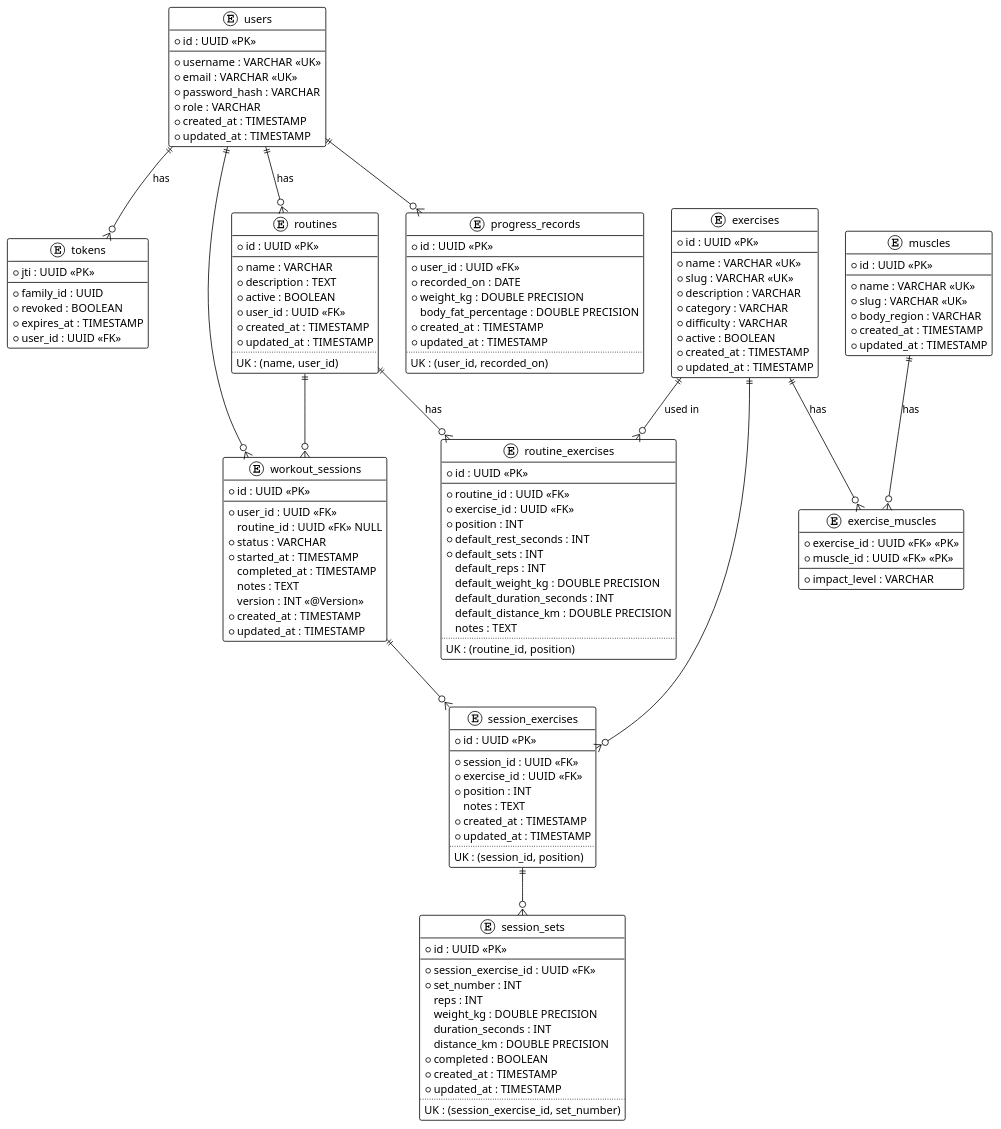
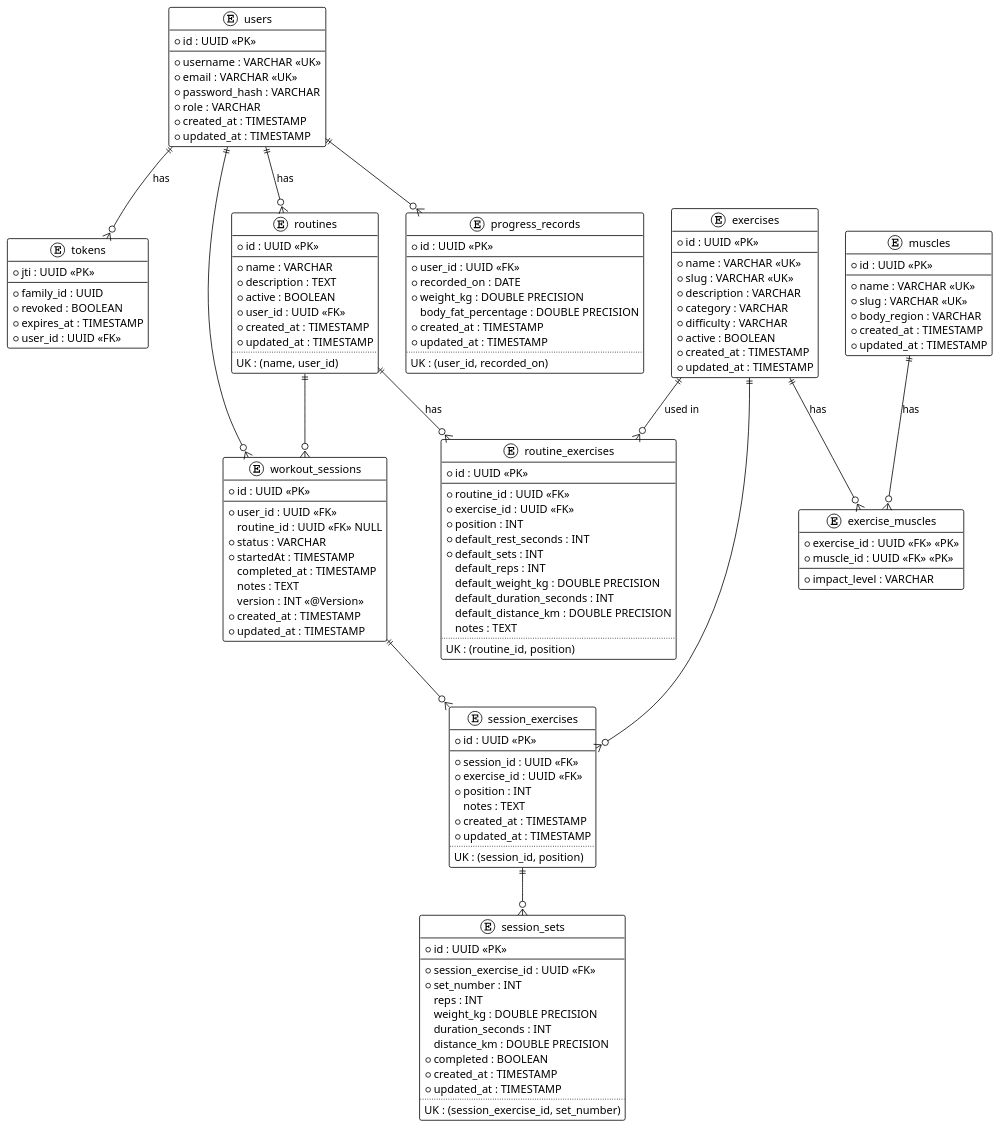
One commit to genesshoan/fitness-tracker-api changed the diagram in docs/er.puml. Above: the diagram before and after it, drawn with PlantUML. The commit also changed 57 other files, not shown here.

```diff
--- a/docs/er.puml
+++ b/docs/er.puml
@@ -1,153 +1,153 @@
 @startuml
 !theme plain
 
 entity "users" {
     * id : UUID <<PK>>
     --
     * username : VARCHAR <<UK>>
     * email : VARCHAR <<UK>>
     * password_hash : VARCHAR
     * role : VARCHAR
     * created_at : TIMESTAMP
     * updated_at : TIMESTAMP
 }
 
 entity "tokens" {
     * jti : UUID <<PK>>
     --
     * family_id : UUID
     * revoked : BOOLEAN
     * expires_at : TIMESTAMP
     * user_id : UUID <<FK>>
 }
 
 entity "muscles" {
     * id : UUID <<PK>>
     --
     * name : VARCHAR <<UK>>
     * slug : VARCHAR <<UK>>
     * body_region : VARCHAR
     * created_at : TIMESTAMP
     * updated_at : TIMESTAMP
 }
 
 entity "exercises" {
     * id : UUID <<PK>>
     --
     * name : VARCHAR <<UK>>
     * slug : VARCHAR <<UK>>
     * description : VARCHAR
     * category : VARCHAR
     * difficulty : VARCHAR
     * active : BOOLEAN
     * created_at : TIMESTAMP
     * updated_at : TIMESTAMP
 }
 
 entity "exercise_muscles" {
     * exercise_id : UUID <<FK>> <<PK>>
     * muscle_id : UUID <<FK>> <<PK>>
     --
     * impact_level : VARCHAR
 }
 
 entity "routines" {
     * id : UUID <<PK>>
     --
     * name : VARCHAR
     * description : TEXT
     * active : BOOLEAN
     * user_id : UUID <<FK>>
     * created_at : TIMESTAMP
     * updated_at : TIMESTAMP
     ..
     UK : (name, user_id)
 }
 
 entity "routine_exercises" {
     * id : UUID <<PK>>
     --
     * routine_id : UUID <<FK>>
     * exercise_id : UUID <<FK>>
     * position : INT
     * default_rest_seconds : INT
     * default_sets : INT
     default_reps : INT
     default_weight_kg : DOUBLE PRECISION
     default_duration_seconds : INT
     default_distance_km : DOUBLE PRECISION
     notes : TEXT
     ..
     UK : (routine_id, position)
 }
 
 entity "workout_sessions" {
     * id : UUID <<PK>>
     --
     * user_id : UUID <<FK>>
     routine_id : UUID <<FK>> NULL
     * status : VARCHAR
-    * started_at : TIMESTAMP
+    * startedAt : TIMESTAMP
     completed_at : TIMESTAMP
     notes : TEXT
     version : INT <<@Version>>
     * created_at : TIMESTAMP
     * updated_at : TIMESTAMP
 }
 
 entity "session_exercises" {
     * id : UUID <<PK>>
     --
     * session_id : UUID <<FK>>
     * exercise_id : UUID <<FK>>
     * position : INT
     notes : TEXT
     * created_at : TIMESTAMP
     * updated_at : TIMESTAMP
     ..
     UK : (session_id, position)
 }
 
 entity "session_sets" {
     * id : UUID <<PK>>
     --
     * session_exercise_id : UUID <<FK>>
     * set_number : INT
     reps : INT
     weight_kg : DOUBLE PRECISION
     duration_seconds : INT
     distance_km : DOUBLE PRECISION
     * completed : BOOLEAN
     * created_at : TIMESTAMP
     * updated_at : TIMESTAMP
     ..
     UK : (session_exercise_id, set_number)
 }
 
 entity "progress_records" {
     * id : UUID <<PK>>
     --
     * user_id : UUID <<FK>>
     * recorded_on : DATE
     * weight_kg : DOUBLE PRECISION
     body_fat_percentage : DOUBLE PRECISION
     * created_at : TIMESTAMP
     * updated_at : TIMESTAMP
     ..
     UK : (user_id, recorded_on)
 }
 
 "exercises" ||--o{ "exercise_muscles" : "has"
 "muscles" ||--o{ "exercise_muscles" : "has"
 "users" ||--o{ "tokens" : "has"
 "users" ||--o{ "routines" : "has"
 "routines" ||--o{ "routine_exercises" : "has"
 "exercises" ||--o{ "routine_exercises" : "used in"
 "users" ||--o{ "workout_sessions"
 "routines" ||--o{ "workout_sessions"
 "workout_sessions" ||--o{ "session_exercises"
 "exercises" ||--o{ "session_exercises"
 "session_exercises" ||--o{ "session_sets"
 "users" ||--o{ "progress_records"
 
 @enduml
```
